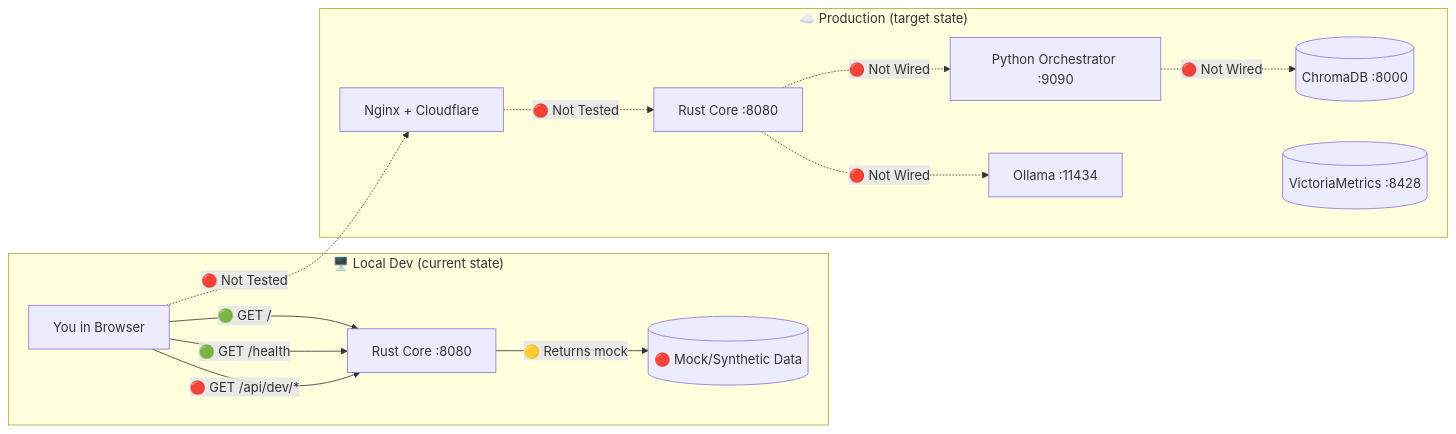
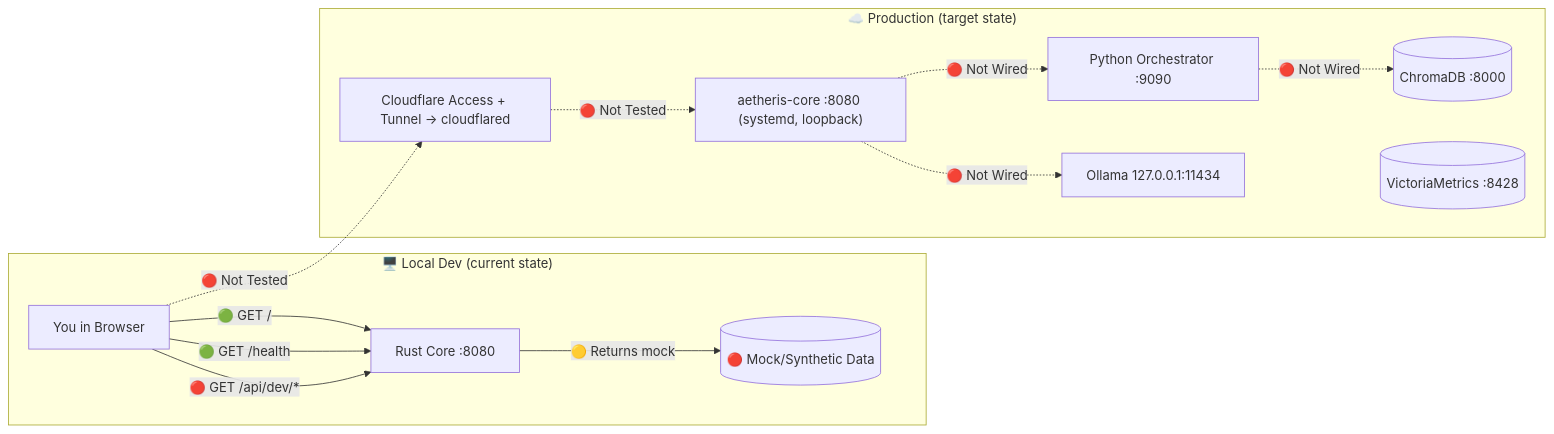
One commit to nrupala/aetheris changed the second of 3 diagrams in docs/diagrams/system-flow.md. Above: the diagram before and after it, drawn with Mermaid. The commit also changed other lines of this file and 42 other files, not shown here.

First line of the commit message:
feat: cut Aetheris Core deploy from Docker to native systemd + security purge

````diff
--- a/docs/diagrams/system-flow.md
+++ b/docs/diagrams/system-flow.md
@@ -111,28 +112,28 @@
 ```mermaid
 flowchart LR
     subgraph Local["🖥️ Local Dev (current state)"]
         YOU["You in Browser"]
         CORE["Rust Core :8080"]
         MOCK[("🔴 Mock/Synthetic Data")]
     end
 
     subgraph Production["☁️ Production (target state)"]
-        PROXY["Nginx + Cloudflare"]
-        RUST["Rust Core :8080"]
+        PROXY["Cloudflare Access + Tunnel → cloudflared"]
+        RUST["aetheris-core :8080 (systemd, loopback)"]
         PYTHON["Python Orchestrator :9090"]
-        OLLAMA["Ollama :11434"]
+        OLLAMA["Ollama 127.0.0.1:11434"]
         VECDB[("ChromaDB :8000")]
         METRICS[("VictoriaMetrics :8428")]
     end
 
     YOU -->|"🟢 GET /"| CORE
     YOU -->|"🟢 GET /health"| CORE
     YOU -->|"🔴 GET /api/dev/*"| CORE
     CORE -->|"🟡 Returns mock"| MOCK
 
     YOU -.->|"🔴 Not Tested"| PROXY
     PROXY -.->|"🔴 Not Tested"| RUST
     RUST -.->|"🔴 Not Wired"| PYTHON
     RUST -.->|"🔴 Not Wired"| OLLAMA
     PYTHON -.->|"🔴 Not Wired"| VECDB
 ```
````
